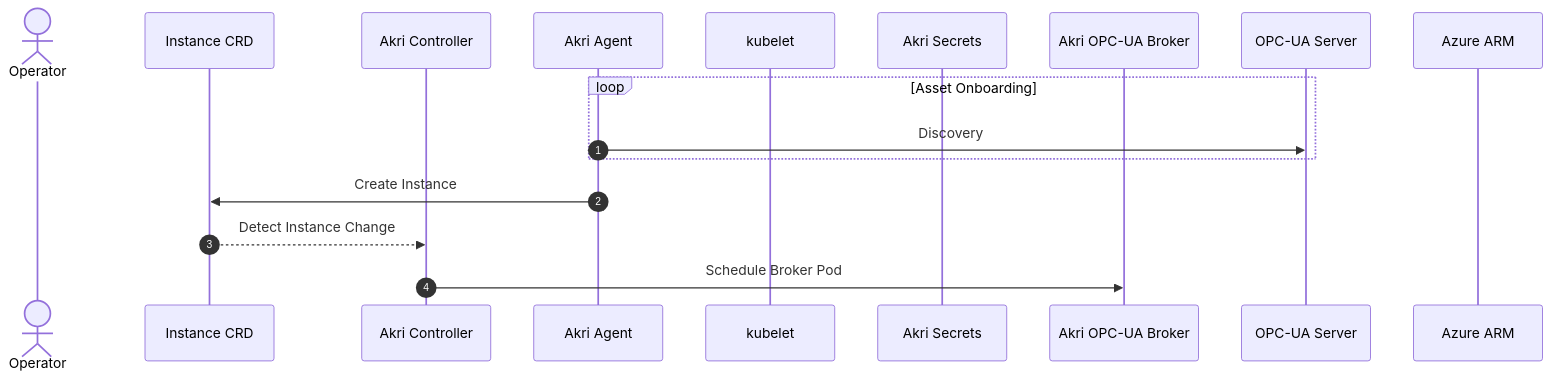
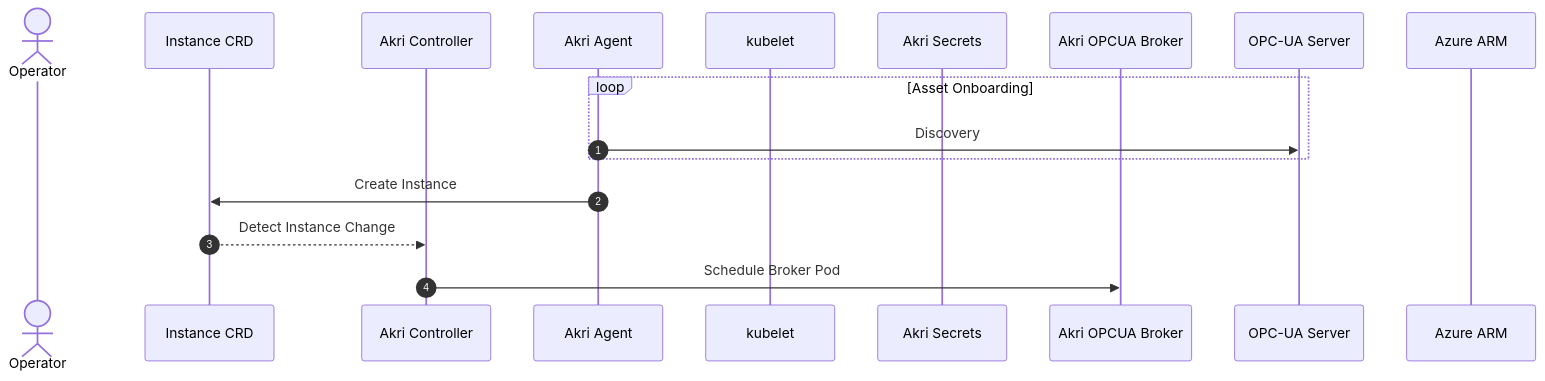
One commit to dfcarpenter/edge-akri-playground changed the third of 5 diagrams in samples/akri-opc/readme.md. Above: the diagram before and after it, drawn with Mermaid.

Commit message:
fixing mermaid spec

````diff
--- a/samples/akri-opc/readme.md
+++ b/samples/akri-opc/readme.md
@@ -63,21 +63,21 @@
 ```mermaid
 sequenceDiagram
     autonumber
     actor Operator
     
     participant Instance CRD
     participant Akri Controller
     participant Akri Agent 
     participant kubelet
     participant Akri Secrets
-    participant Akri OPC-UA Broker
+    participant Akri OPCUA Broker
     participant OPC-UA Server
     participant Azure ARM
     loop Asset Onboarding
         Akri Agent->>OPC-UA Server: Discovery
     end
     Akri Agent->>Instance CRD: Create Instance
     Instance CRD-->>Akri Controller: Detect Instance Change
-    Akri Controller->>Akri OPC-UA Broker:Schedule Broker Pod 
+    Akri Controller->>Akri OPCUA Broker:Schedule Broker Pod 
    
 ```
````
